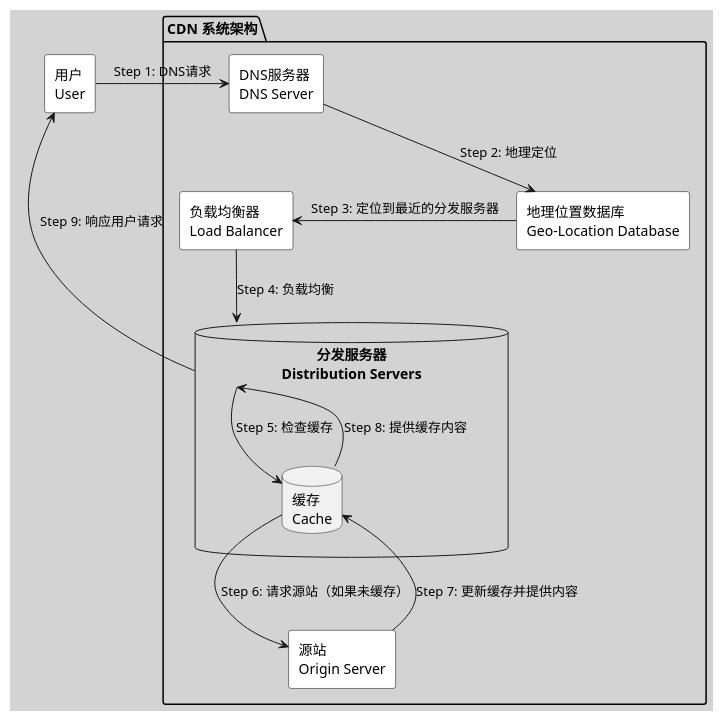
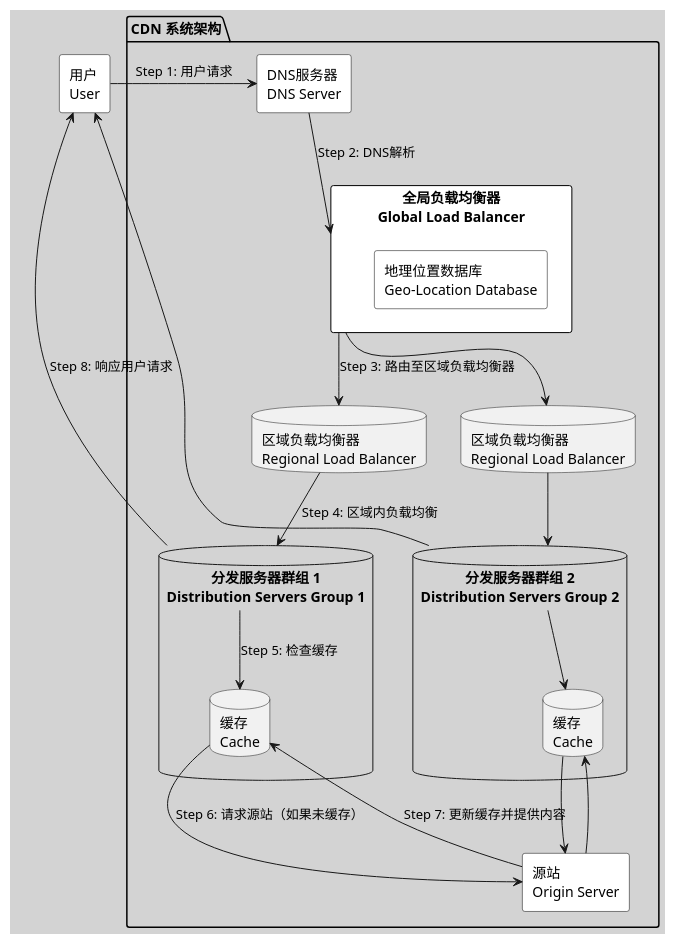
Before and after one commit to huangyingw/system_design: the diagram in architecture_diagrams/cdn_architecture_diagram.puml, drawn with PlantUML.

```diff
--- a/architecture_diagrams/cdn_architecture_diagram.puml
+++ b/architecture_diagrams/cdn_architecture_diagram.puml
@@ -1,30 +1,47 @@
 @startuml
 skinparam backgroundColor #D3D3D3
 skinparam rectangle {
   BackgroundColor White
   BorderColor Black
   Shadowing false
 }
 
 package "CDN 系统架构" {
     RECTANGLE "源站\nOrigin Server" as Origin
-    DATABASE "分发服务器\nDistribution Servers" as DS {
-        DATABASE "缓存\nCache" as Cache
+    
+    RECTANGLE "全局负载均衡器\nGlobal Load Balancer" as GLB {
+        RECTANGLE "地理位置数据库\nGeo-Location Database" as GeoDB
     }
-    RECTANGLE "负载均衡器\nLoad Balancer" as LB
+    
+    DATABASE "区域负载均衡器\nRegional Load Balancer" as RLB1
+    DATABASE "区域负载均衡器\nRegional Load Balancer" as RLB2
+    
+    DATABASE "分发服务器群组 1\nDistribution Servers Group 1" as DSG1 {
+        DATABASE "缓存\nCache" as Cache1
+    }
+    
+    DATABASE "分发服务器群组 2\nDistribution Servers Group 2" as DSG2 {
+        DATABASE "缓存\nCache" as Cache2
+    }
+
     RECTANGLE "DNS服务器\nDNS Server" as DNSServer
-    RECTANGLE "地理位置数据库\nGeo-Location Database" as GeoDB
 
-    DNSServer -down-> GeoDB : "Step 2: 地理定位"
-    GeoDB -left-> LB : "Step 3: 定位到最近的分发服务器"
-    LB -down-> DS : "Step 4: 负载均衡"
-    DS -down-> Cache : "Step 5: 检查缓存"
-    Cache -down-> Origin : "Step 6: 请求源站（如果未缓存）"
-    Origin -up-> Cache : "Step 7: 更新缓存并提供内容"
-    Cache -up-> DS : "Step 8: 提供缓存内容"
+    DNSServer -down-> GLB : "Step 2: DNS解析"
+    GLB -down-> RLB1 : "Step 3: 路由至区域负载均衡器"
+    GLB -down-> RLB2
+    RLB1 -down-> DSG1 : "Step 4: 区域内负载均衡"
+    RLB2 -down-> DSG2
+    DSG1 -down-> Cache1 : "Step 5: 检查缓存"
+    DSG2 -down-> Cache2
+    Cache1 -down-> Origin : "Step 6: 请求源站（如果未缓存）"
+    Cache2 -down-> Origin
+    Origin -up-> Cache1 : "Step 7: 更新缓存并提供内容"
+    Origin -up-> Cache2
 }
 
 RECTANGLE "用户\nUser" as User
-User -right-> DNSServer : "Step 1: DNS请求"
-DS -up-> User : "Step 9: 响应用户请求"
+User -right-> DNSServer : "Step 1: 用户请求"
+DSG1 -up-> User : "Step 8: 响应用户请求"
+DSG2 -up-> User
+
 @enduml
```
